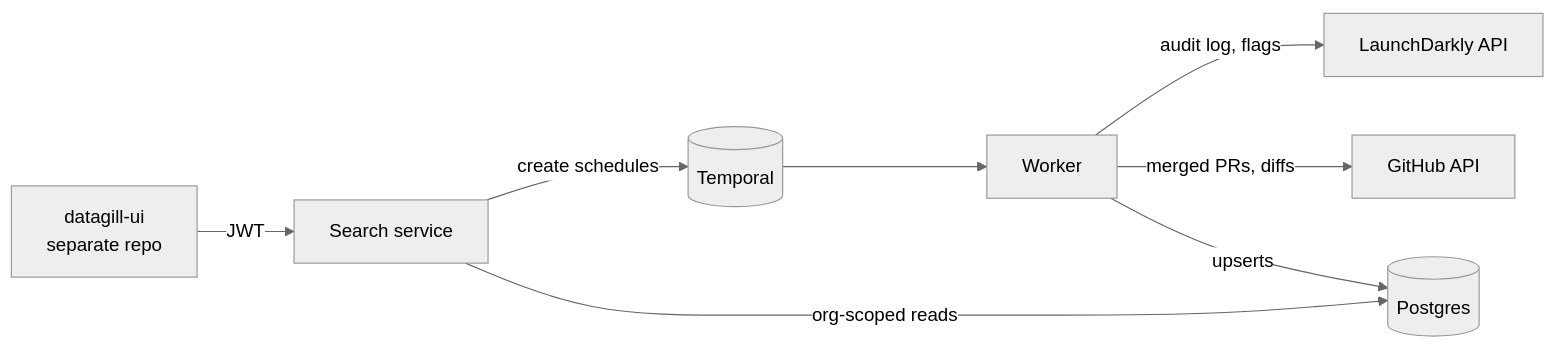
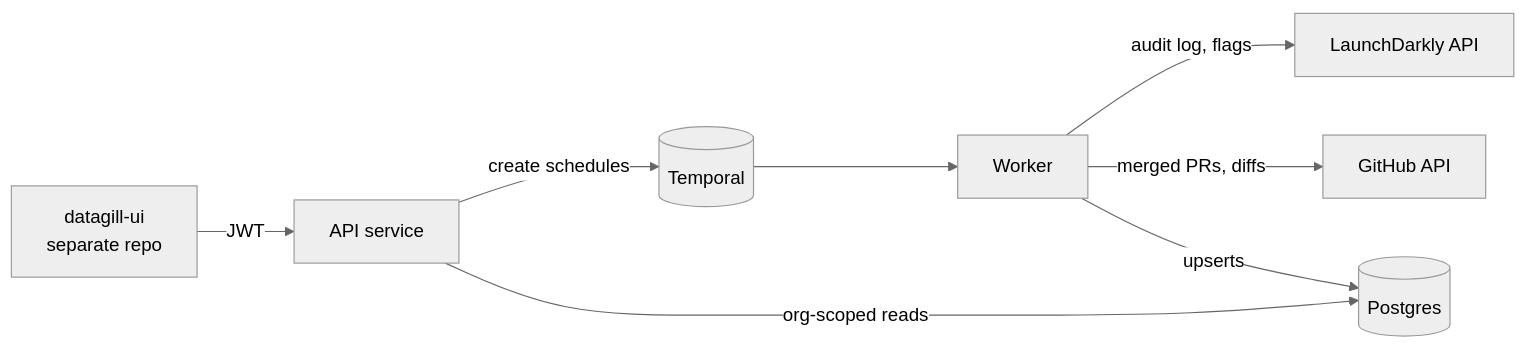
The diagram in README.md (datagillhq/datagill-core), drawn with Mermaid (neutral theme) before and after one commit. The commit also changed other lines of this file and 59 other files, not shown here.

First line of the commit message:
refactor(api): rename the search service to api

````diff
--- a/README.md
+++ b/README.md
@@ -63,10 +63,10 @@
 ```mermaid
 flowchart LR
-    UI[datagill-ui<br/>separate repo] -->|JWT| API[Search service]
+    UI[datagill-ui<br/>separate repo] -->|JWT| API[API service]
     API -->|create schedules| T[(Temporal)]
     API -->|org-scoped reads| PG[(Postgres)]
     T --> W[Worker]
     W -->|audit log, flags| LD[LaunchDarkly API]
     W -->|merged PRs, diffs| GH[GitHub API]
     W -->|upserts| PG
 ```
````
